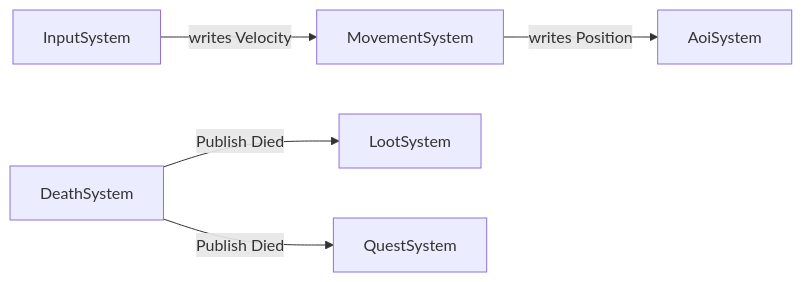
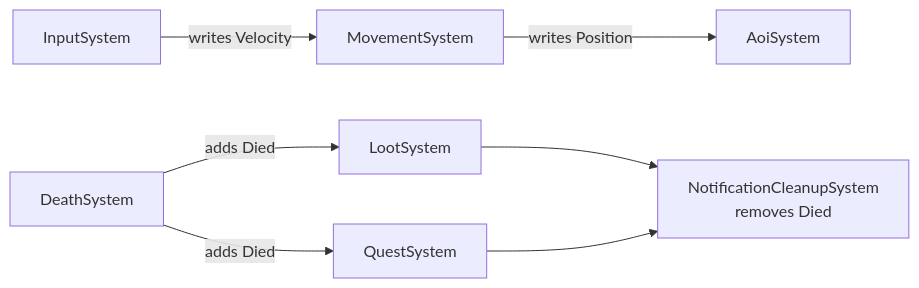
Before and after one commit to JasonXuDeveloper/EasyEcs: the second of 2 diagrams in doc/ecs-principles.md, drawn with Mermaid. The commit also changed other lines of this file and 5 other files, not shown here.

````diff
--- a/doc/ecs-principles.md
+++ b/doc/ecs-principles.md
@@ -109,7 +111,9 @@
 ```mermaid
 flowchart LR
     I[InputSystem] -->|writes Velocity| M[MovementSystem]
     M -->|writes Position| G[AoiSystem]
-    D[DeathSystem] -->|Publish Died| L[LootSystem]
-    D -->|Publish Died| Q[QuestSystem]
+    D[DeathSystem] -->|adds Died| L[LootSystem]
+    D -->|adds Died| Q[QuestSystem]
+    L --> C[NotificationCleanupSystem<br/>removes Died]
+    Q --> C
 ```
````
